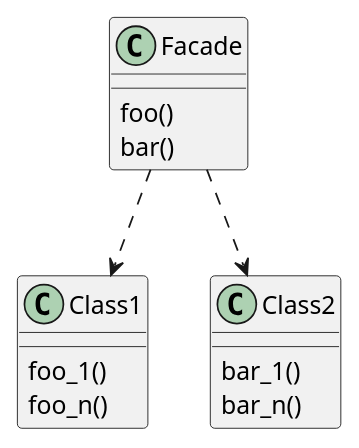
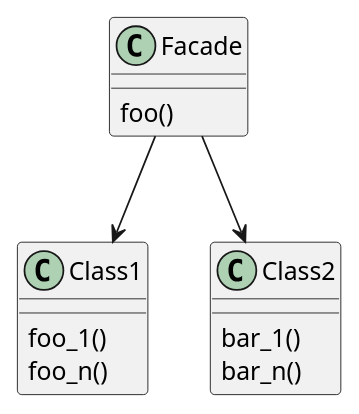
Before and after one commit to sirejik/software-design-patterns: the diagram in structural_patterns/facade/facade.puml, drawn with PlantUML. The commit also changed 2 other files, not shown here.

Commit message:
Add example for facade pattern

```diff
--- a/structural_patterns/facade/facade.puml
+++ b/structural_patterns/facade/facade.puml
@@ -1,20 +1,18 @@
 @startuml
 
 class Facade {
     foo()
-    bar()
 }
 class Class1 {
     foo_1()
     foo_n()
 }
 class Class2 {
     bar_1()
     bar_n()
-
 }
 
-Facade ..> Class1
-Facade ..> Class2
+Facade --> Class1
+Facade --> Class2
 
 @enduml
```
